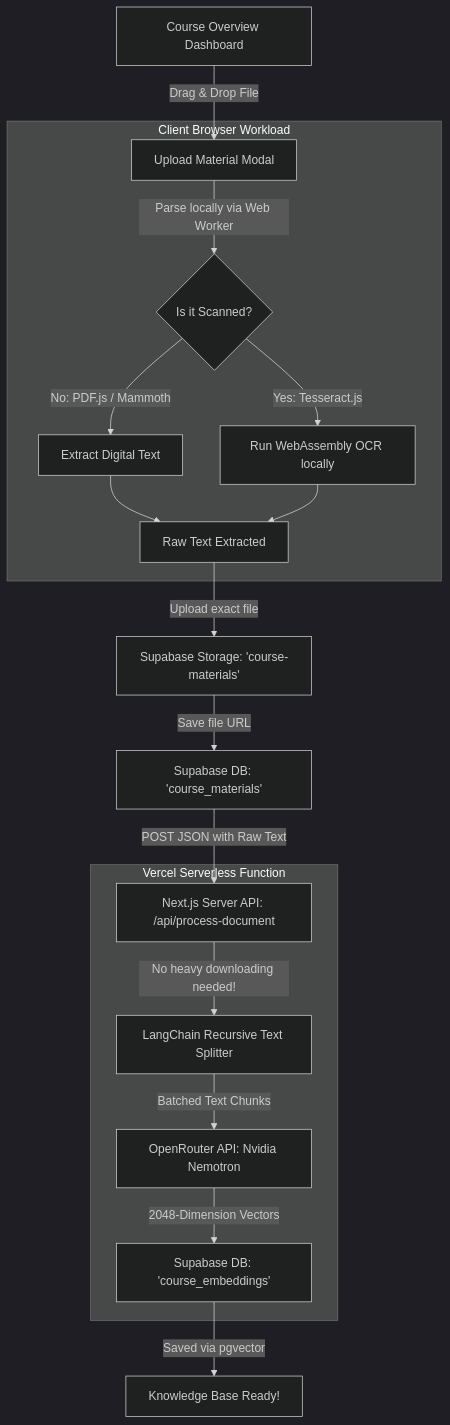
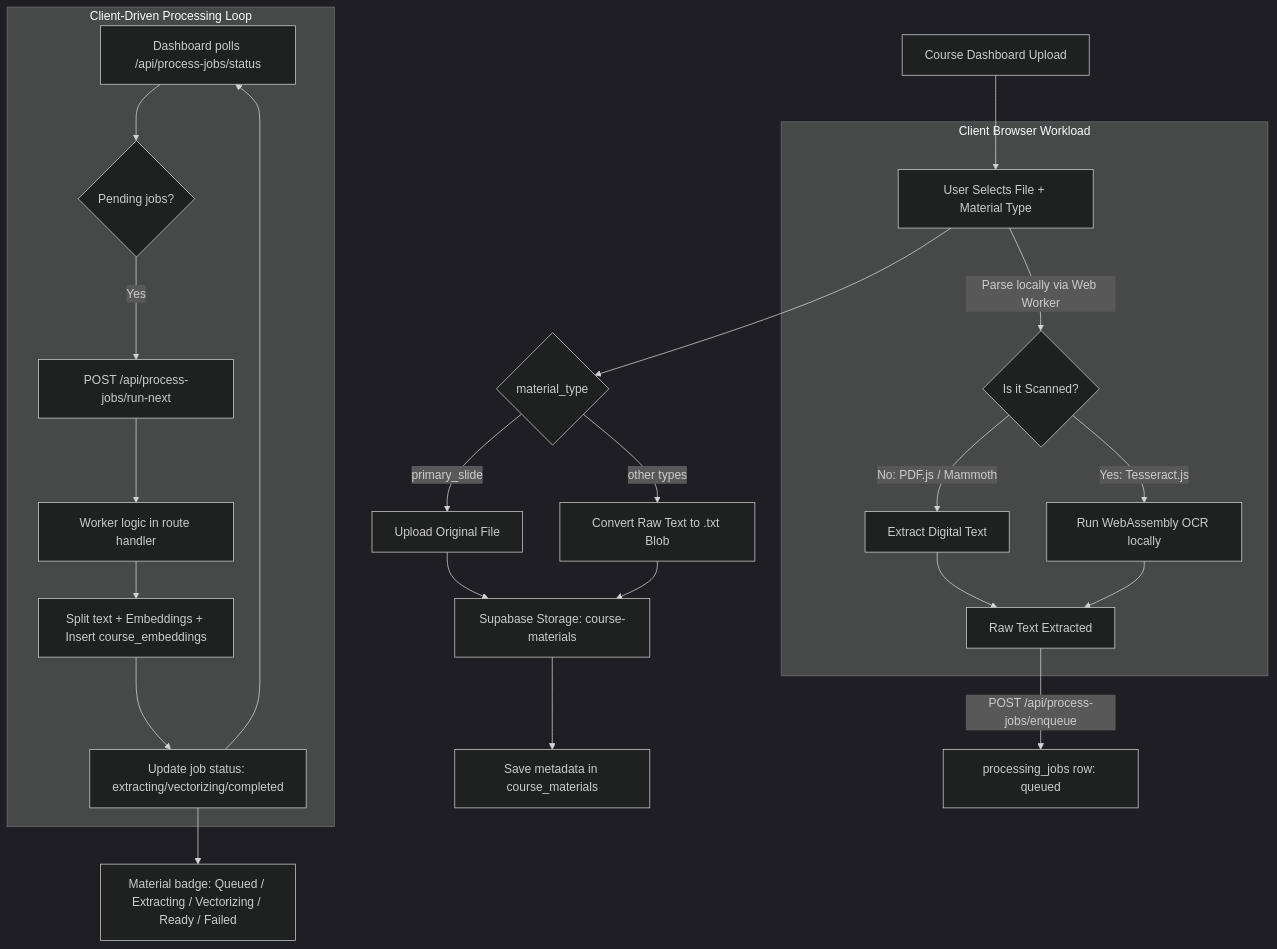
One commit to adesinaisaiah100/studybuddyweb changed the first of 2 diagrams in document_ingestion_flow.md. Above: the diagram before and after it, drawn with Mermaid (dark theme). The commit also changed other lines of this file and 1 other file, not shown here.

Commit message:
docs: update ingestion architecture notes and extract model config

````diff
--- a/document_ingestion_flow.md
+++ b/document_ingestion_flow.md
@@ -5,24 +9,33 @@
 ```mermaid
 flowchart TD
-    A[Course Overview Dashboard] -->|Drag & Drop File| B[Upload Material Modal]
-    
+    A[Course Dashboard Upload] --> B[User Selects File + Material Type]
+
     subgraph Client Browser Workload
     B -->|Parse locally via Web Worker| C{Is it Scanned?}
     C -->|No: PDF.js / Mammoth| D[Extract Digital Text]
     C -->|Yes: Tesseract.js| E[Run WebAssembly OCR locally]
     D --> F[Raw Text Extracted]
     E --> F
     end
-    
-    F -->|Upload exact file| G[Supabase Storage: 'course-materials']
-    G -->|Save file URL| H[Supabase DB: 'course_materials']
-    H -->|POST JSON with Raw Text| I[Next.js Server API: /api/process-document]
-    
-    subgraph Vercel Serverless Function
-    I -->|No heavy downloading needed!| J[LangChain Recursive Text Splitter]
-    J -->|Batched Text Chunks| K[OpenRouter API: Nvidia Nemotron]
-    K -->|2048-Dimension Vectors| L[Supabase DB: 'course_embeddings']
+
+    B --> G{material_type}
+    G -->|primary_slide| H[Upload Original File]
+    G -->|other types| I[Convert Raw Text to .txt Blob]
+
+    H --> J[Supabase Storage: course-materials]
+    I --> J
+    J --> K[Save metadata in course_materials]
+
+    F -->|POST /api/process-jobs/enqueue| L[processing_jobs row: queued]
+
+    subgraph Client-Driven Processing Loop
+    M[Dashboard polls /api/process-jobs/status] --> N{Pending jobs?}
+    N -->|Yes| O[POST /api/process-jobs/run-next]
+    O --> P[Worker logic in route handler]
+    P --> Q[Split text + Embeddings + Insert course_embeddings]
+    Q --> R[Update job status: extracting/vectorizing/completed]
+    R --> M
     end
-    
-    L -->|Saved via pgvector| M[Knowledge Base Ready!]
+
+    R --> S[Material badge: Queued / Extracting / Vectorizing / Ready / Failed]
 ```
````
